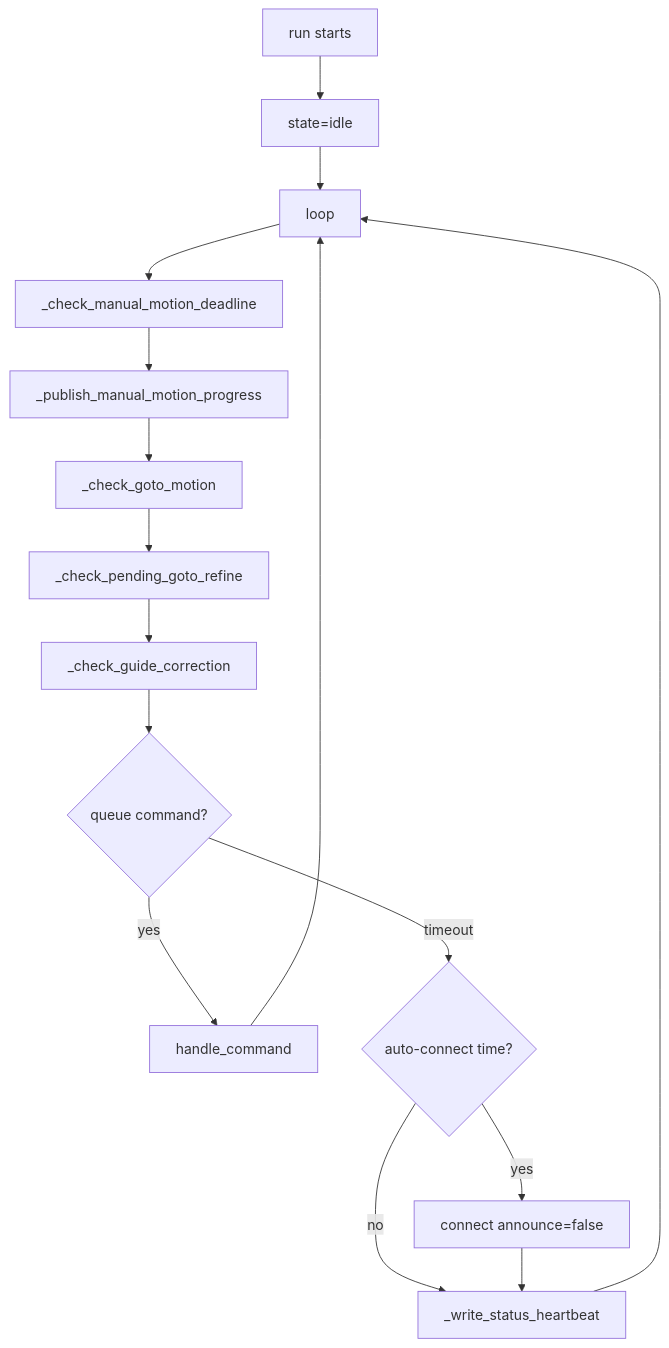
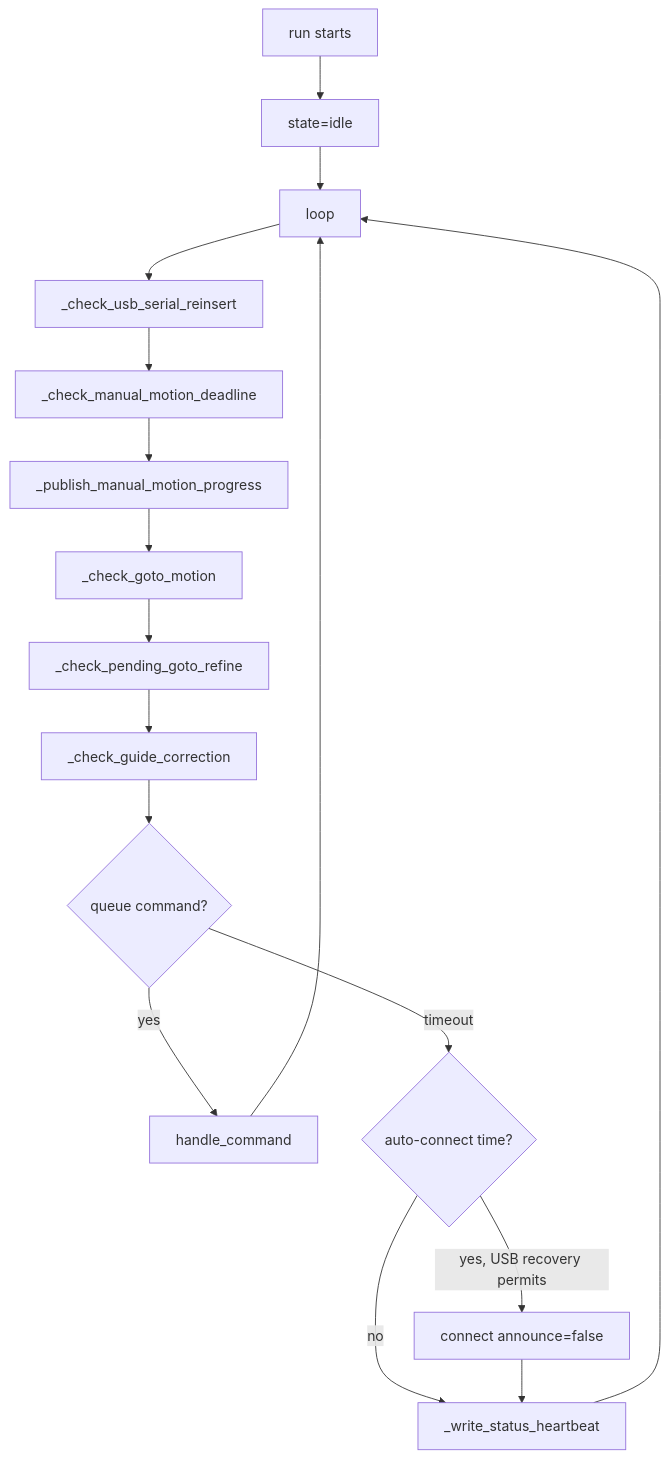
One commit to hjoungjoo/MF_PiFinder changed the third of 13 diagrams in docs/mf_dev/mf_mountcontrol_indi_flow_en.md. Above: the diagram before and after it, drawn with Mermaid. The commit also changed other lines of this file and 7 other files, not shown here.

Commit message:
Add one-shot OnStep USB reconnect recovery

````diff
--- a/docs/mf_dev/mf_mountcontrol_indi_flow_en.md
+++ b/docs/mf_dev/mf_mountcontrol_indi_flow_en.md
@@ -162,18 +172,19 @@
 ```mermaid
 flowchart TD
     A[run starts] --> B[state=idle]
     B --> C[loop]
-    C --> D[_check_manual_motion_deadline]
+    C --> U[_check_usb_serial_reinsert]
+    U --> D[_check_manual_motion_deadline]
     D --> E[_publish_manual_motion_progress]
     E --> F[_check_goto_motion]
     F --> G[_check_pending_goto_refine]
     G --> H[_check_guide_correction]
     H --> I{queue command?}
     I -->|yes| J[handle_command]
     J --> C
     I -->|timeout| K{auto-connect time?}
-    K -->|yes| L[connect announce=false]
+    K -->|yes, USB recovery permits| L[connect announce=false]
     K -->|no| M[_write_status_heartbeat]
     L --> M
     M --> C
 ```
````
